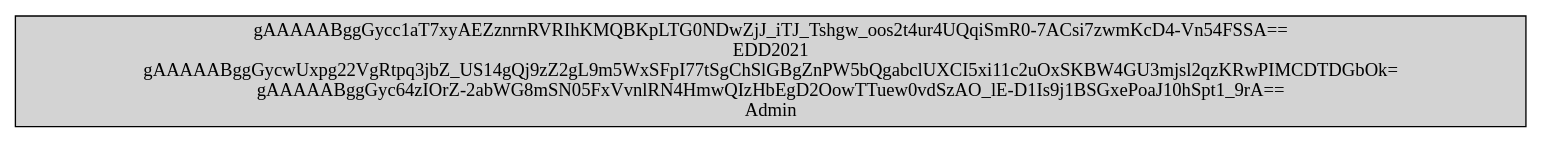
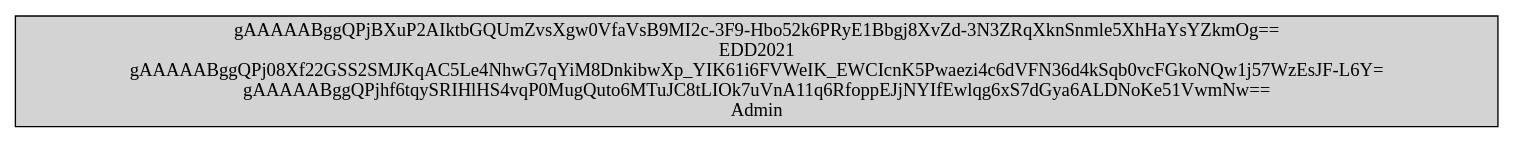
The diagram in Backend/reportesDot/ArbolBEncriptadoSensible.dot (Villa01/EDD_VirtualMall_201900907), drawn with Graphviz before and after one commit. The commit also changed 12 other files, not shown here.

```diff
--- a/Backend/reportesDot/ArbolBEncriptadoSensible.dot
+++ b/Backend/reportesDot/ArbolBEncriptadoSensible.dot
@@ -1,5 +1,5 @@
 digraph grafo { 
 	node[shape="record" style="filled" fillcollor="#58D27A"]
-nodo12345678901011[label = "gAAAAABggGycc1aT7xyAEZznrnRVRIhKMQBKpLTG0NDwZjJ_iTJ_Tshgw_oos2t4ur4UQqiSmR0-7ACsi7zwmKcD4-Vn54FSSA==\nEDD2021\ngAAAAABggGycwUxpg22VgRtpq3jbZ_US14gQj9zZ2gL9m5WxSFpI77tSgChSlGBgZnPW5bQgabclUXCI5xi11c2uOxSKBW4GU3mjsl2qzKRwPIMCDTDGbOk=\ngAAAAABggGyc64zIOrZ-2abWG8mSN05FxVvnlRN4HmwQIzHbEgD2OowTTuew0vdSzAO_lE-D1Is9j1BSGxePoaJ10hSpt1_9rA==\nAdmin"];
+nodo12345678901011[label = "gAAAAABggQPjBXuP2AIktbGQUmZvsXgw0VfaVsB9MI2c-3F9-Hbo52k6PRyE1Bbgj8XvZd-3N3ZRqXknSnmle5XhHaYsYZkmOg==\nEDD2021\ngAAAAABggQPj08Xf22GSS2SMJKqAC5Le4NhwG7qYiM8DnkibwXp_YIK61i6FVWeIK_EWCIcnK5Pwaezi4c6dVFN36d4kSqb0vcFGkoNQw1j57WzEsJF-L6Y=\ngAAAAABggQPjhf6tqySRIHlHS4vqP0MugQuto6MTuJC8tLIOk7uVnA11q6RfoppEJjNYIfEwlqg6xS7dGya6ALDNoKe51VwmNw==\nAdmin"];
 
 }
```
